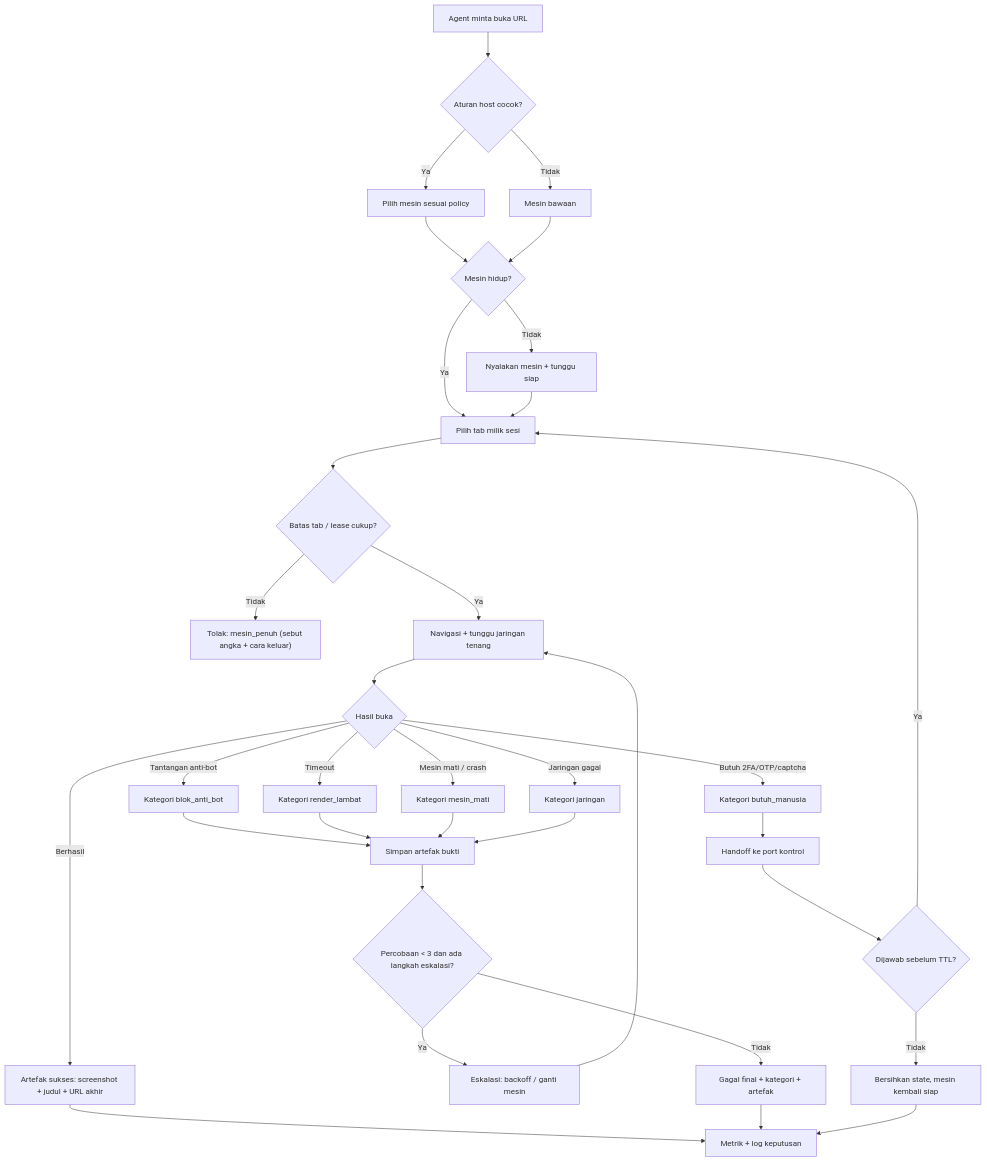
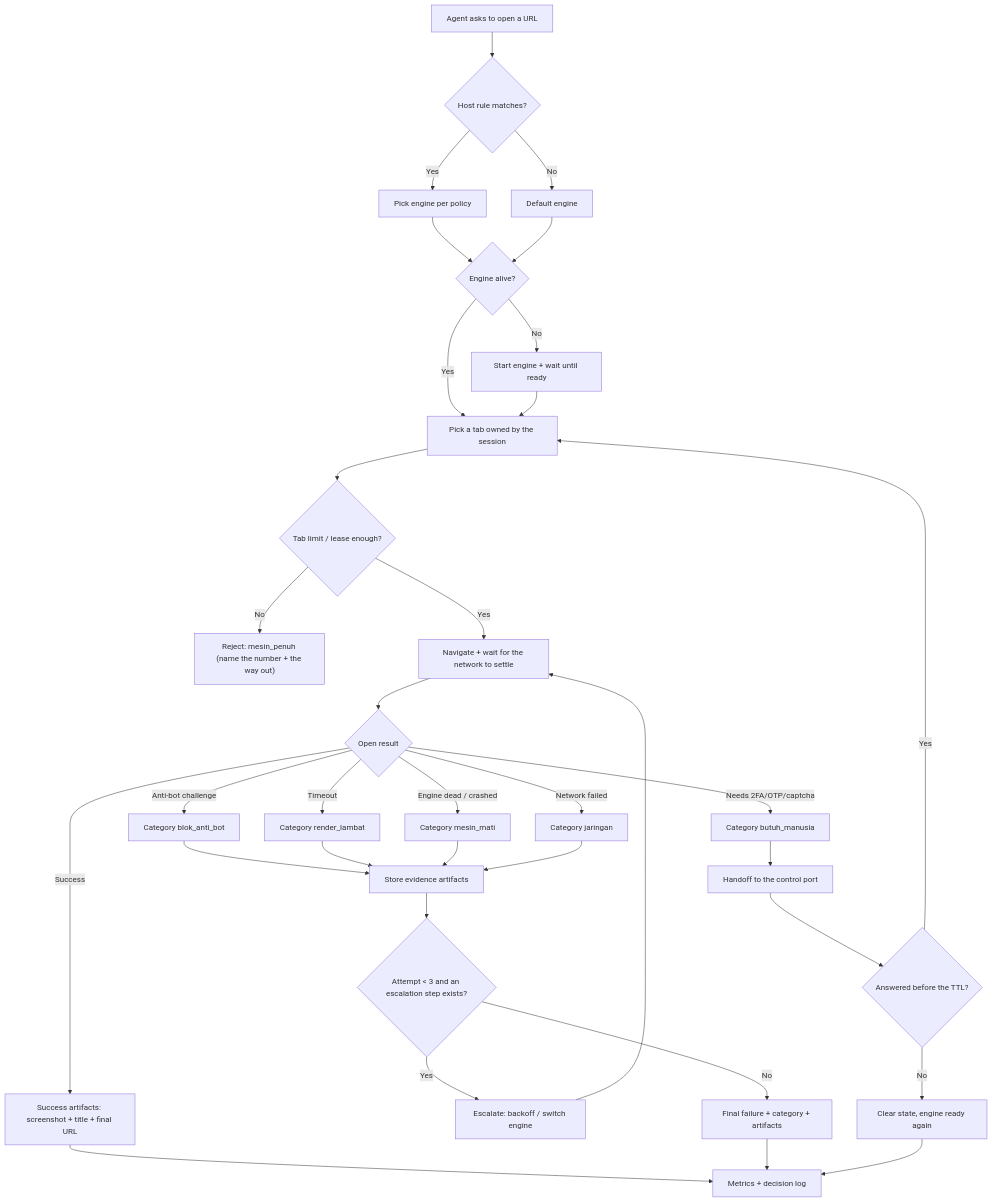
Before and after one commit to adi805/opencrabs-browser: the first of 2 diagrams in docs/prd/PRD-MESIN-BUKA-WEB 041126-0631.md, drawn with Mermaid. The commit also changed other lines of this file and 5 other files, not shown here.

````diff
--- a/docs/prd/PRD-MESIN-BUKA-WEB 041126-0631.md
+++ b/docs/prd/PRD-MESIN-BUKA-WEB 041126-0631.md
@@ -120,36 +120,36 @@
 ```mermaid
 flowchart TD
-    A["Agent minta buka URL"] --> B{"Aturan host cocok?"}
-    B -->|Ya| C["Pilih mesin sesuai policy"]
-    B -->|Tidak| D["Mesin bawaan"]
-    C --> E{"Mesin hidup?"}
+    A["Agent asks to open a URL"] --> B{"Host rule matches?"}
+    B -->|Yes| C["Pick engine per policy"]
+    B -->|No| D["Default engine"]
+    C --> E{"Engine alive?"}
     D --> E
-    E -->|Tidak| F["Nyalakan mesin + tunggu siap"]
-    E -->|Ya| G["Pilih tab milik sesi"]
+    E -->|No| F["Start engine + wait until ready"]
+    E -->|Yes| G["Pick a tab owned by the session"]
     F --> G
-    G --> H{"Batas tab / lease cukup?"}
-    H -->|Tidak| I["Tolak: mesin_penuh (sebut angka + cara keluar)"]
-    H -->|Ya| J["Navigasi + tunggu jaringan tenang"]
-    J --> K{"Hasil buka"}
-    K -->|Berhasil| L["Artefak sukses: screenshot + judul + URL akhir"]
-    K -->|Tantangan anti-bot| M["Kategori blok_anti_bot"]
-    K -->|Butuh 2FA/OTP/captcha| N["Kategori butuh_manusia"]
-    K -->|Timeout| O["Kategori render_lambat"]
-    K -->|Mesin mati / crash| P["Kategori mesin_mati"]
-    K -->|Jaringan gagal| Q["Kategori jaringan"]
-    M --> R["Simpan artefak bukti"]
+    G --> H{"Tab limit / lease enough?"}
+    H -->|No| I["Reject: mesin_penuh (name the number + the way out)"]
+    H -->|Yes| J["Navigate + wait for the network to settle"]
+    J --> K{"Open result"}
+    K -->|Success| L["Success artifacts: screenshot + title + final URL"]
+    K -->|Anti-bot challenge| M["Category blok_anti_bot"]
+    K -->|Needs 2FA/OTP/captcha| N["Category butuh_manusia"]
+    K -->|Timeout| O["Category render_lambat"]
+    K -->|Engine dead / crashed| P["Category mesin_mati"]
+    K -->|Network failed| Q["Category jaringan"]
+    M --> R["Store evidence artifacts"]
     O --> R
     P --> R
     Q --> R
-    R --> S{"Percobaan < 3 dan ada langkah eskalasi?"}
-    S -->|Ya| T["Eskalasi: backoff / ganti mesin"]
+    R --> S{"Attempt < 3 and an escalation step exists?"}
+    S -->|Yes| T["Escalate: backoff / switch engine"]
     T --> J
-    S -->|Tidak| U["Gagal final + kategori + artefak"]
-    N --> V["Handoff ke port kontrol"]
-    V --> W{"Dijawab sebelum TTL?"}
-    W -->|Ya| G
-    W -->|Tidak| X["Bersihkan state, mesin kembali siap"]
-    L --> Y["Metrik + log keputusan"]
+    S -->|No| U["Final failure + category + artifacts"]
+    N --> V["Handoff to the control port"]
+    V --> W{"Answered before the TTL?"}
+    W -->|Yes| G
+    W -->|No| X["Clear state, engine ready again"]
+    L --> Y["Metrics + decision log"]
     U --> Y
     X --> Y
 ```
````
